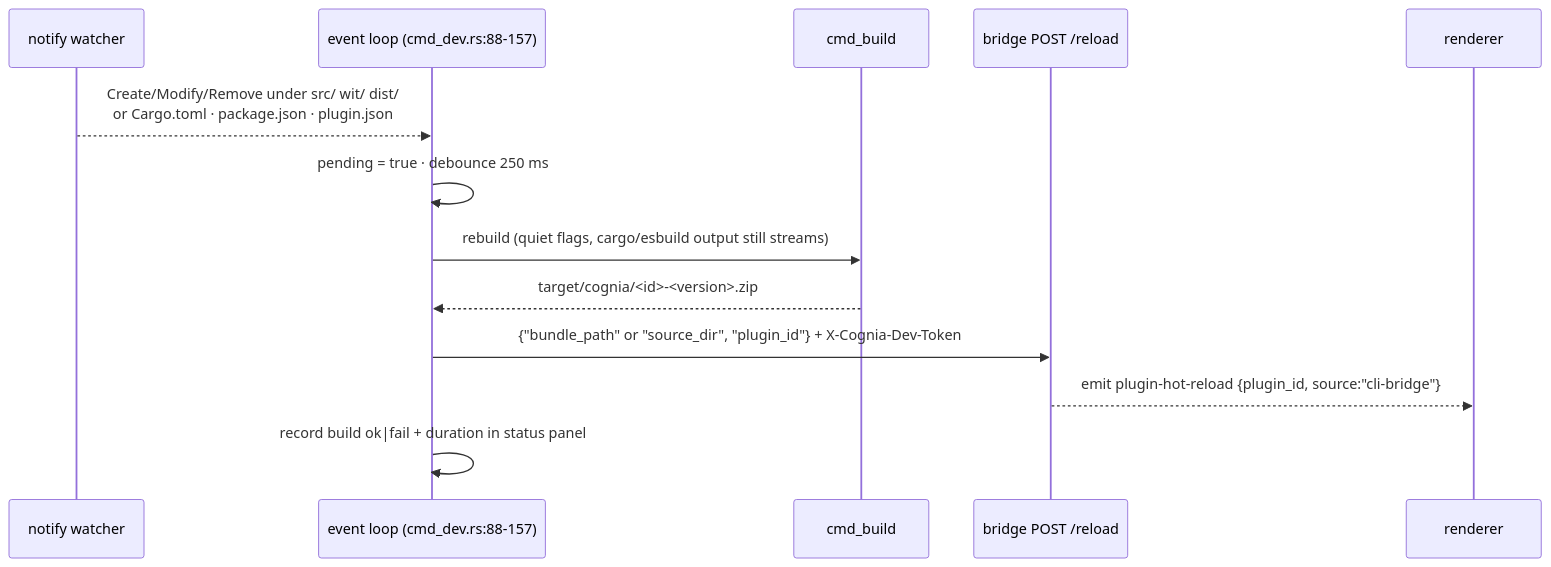
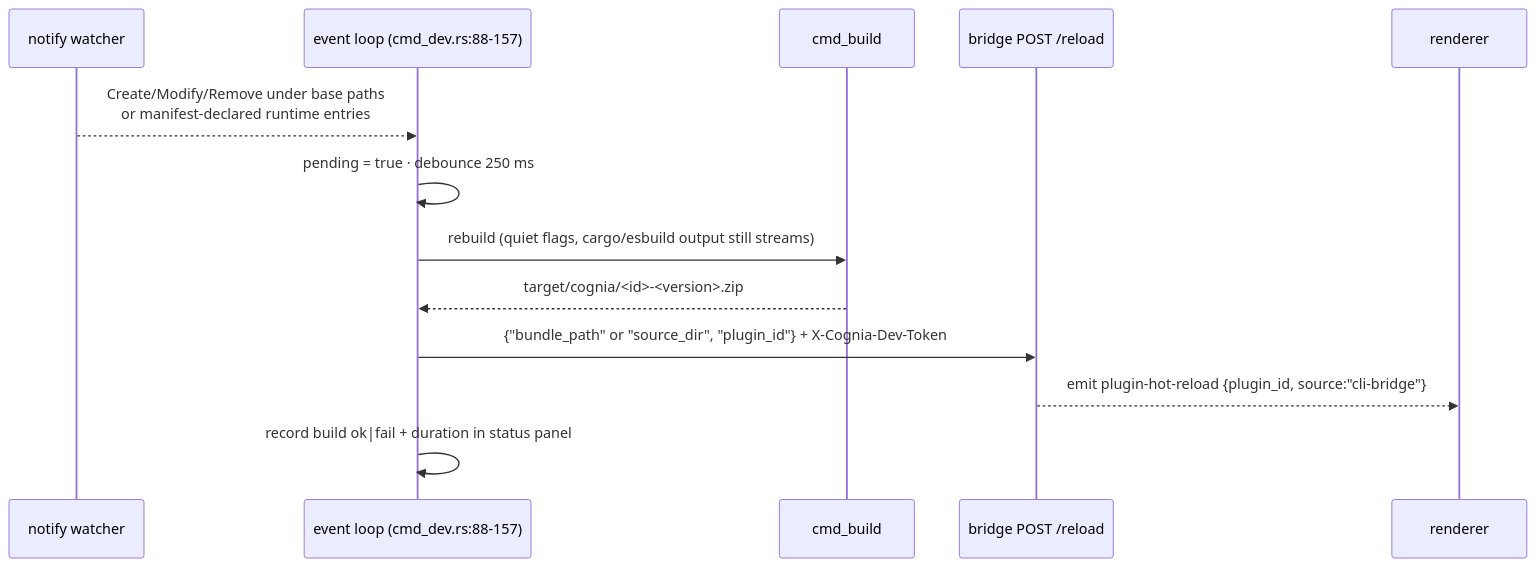
One commit to MaxQian888/cognia-next changed the diagram in docs/content/docs/en/subsystems/cognia-cli/bridge-client.mdx. Above: the diagram before and after it, drawn with Mermaid. The commit also changed other lines of this file and 38 other files, not shown here.

````diff
--- a/docs/content/docs/en/subsystems/cognia-cli/bridge-client.mdx
+++ b/docs/content/docs/en/subsystems/cognia-cli/bridge-client.mdx
@@ -171,16 +236,16 @@
 ```mermaid
 sequenceDiagram
   participant FS as notify watcher
   participant L as event loop (cmd_dev.rs:88-157)
   participant B as cmd_build
   participant X as bridge POST /reload
   participant R as renderer
 
-  FS-->>L: Create/Modify/Remove under src/ wit/ dist/<br/>or Cargo.toml · package.json · plugin.json
+  FS-->>L: Create/Modify/Remove under base paths<br/>or manifest-declared runtime entries
   L->>L: pending = true · debounce 250 ms
   L->>B: rebuild (quiet flags, cargo/esbuild output still streams)
   B-->>L: target/cognia/<id>-<version>.zip
   L->>X: {"bundle_path" or "source_dir", "plugin_id"} + X-Cognia-Dev-Token
   X-->>R: emit plugin-hot-reload {plugin_id, source:"cli-bridge"}
   L->>L: record build ok|fail + duration in status panel
 ```
````
